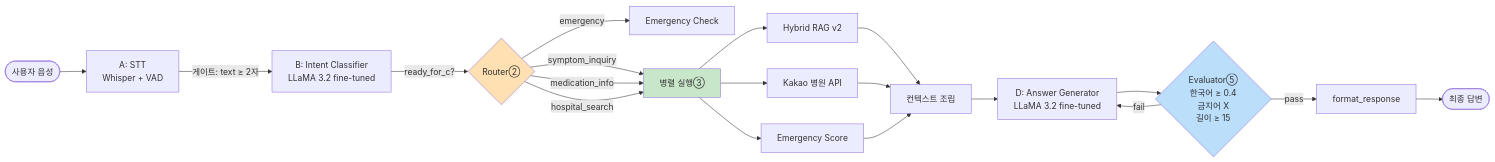
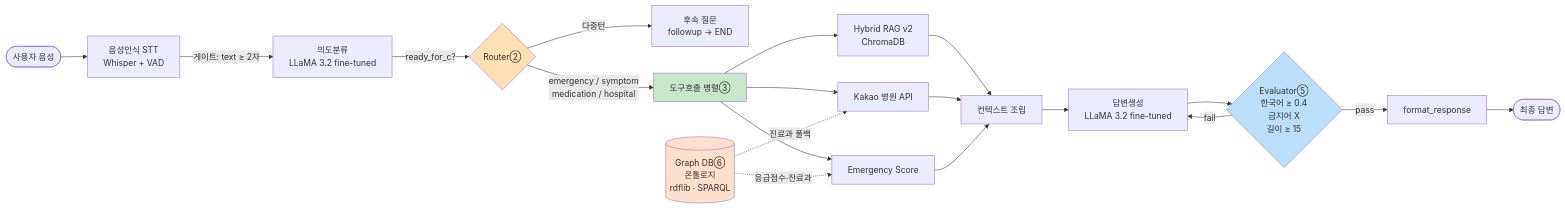
The diagram in docs/AGENT_PATTERNS.md (lg-hellovision-dx-data-school/LGHelloDoctor), drawn with Mermaid before and after one commit. The commit also changed other lines of this file and 28 other files, not shown here.

First line of the commit message:
feat: LangGraph 오케스트레이션 + 온톨로지 Graph DB + Clean Architecture 4계층

````diff
--- a/docs/AGENT_PATTERNS.md
+++ b/docs/AGENT_PATTERNS.md
@@ -24,25 +24,26 @@
 ```mermaid
 graph LR
-    User([사용자 음성]) --> A[A: STT<br/>Whisper + VAD]
-    A -->|게이트: text ≥ 2자| B[B: Intent Classifier<br/>LLaMA 3.2 fine-tuned]
+    User([사용자 음성]) --> A[음성인식 STT<br/>Whisper + VAD]
+    A -->|게이트: text ≥ 2자| B[의도분류<br/>LLaMA 3.2 fine-tuned]
     B -->|"ready_for_c?"| Router{Router②}
-    Router -->|emergency| EMG[Emergency Check]
-    Router -->|symptom_inquiry| P[병렬 실행③]
-    Router -->|medication_info| P
-    Router -->|hospital_search| P
-    P --> RAG[Hybrid RAG v2]
+    Router -->|"다중턴"| FU[후속 질문<br/>followup → END]
+    Router -->|"emergency / symptom<br/>medication / hospital"| P[도구호출 병렬③]
+    P --> RAG[Hybrid RAG v2<br/>ChromaDB]
     P --> Kakao[Kakao 병원 API]
     P --> EmgCheck[Emergency Score]
+    Onto[("Graph DB⑥<br/>온톨로지<br/>rdflib · SPARQL")] -.->|"응급점수·진료과"| EmgCheck
+    Onto -.->|"진료과 폴백"| Kakao
     RAG --> Compose[컨텍스트 조립]
     Kakao --> Compose
     EmgCheck --> Compose
-    Compose --> D[D: Answer Generator<br/>LLaMA 3.2 fine-tuned]
+    Compose --> D[답변생성<br/>LLaMA 3.2 fine-tuned]
     D --> Eval{Evaluator⑤<br/>한국어 ≥ 0.4<br/>금지어 X<br/>길이 ≥ 15}
     Eval -->|fail| D
     Eval -->|pass| Format[format_response]
     Format --> Out([최종 답변])
 
     style Router fill:#ffe0b2
     style P fill:#c8e6c9
     style Eval fill:#bbdefb
+    style Onto fill:#ffe0cc
 ```
````
